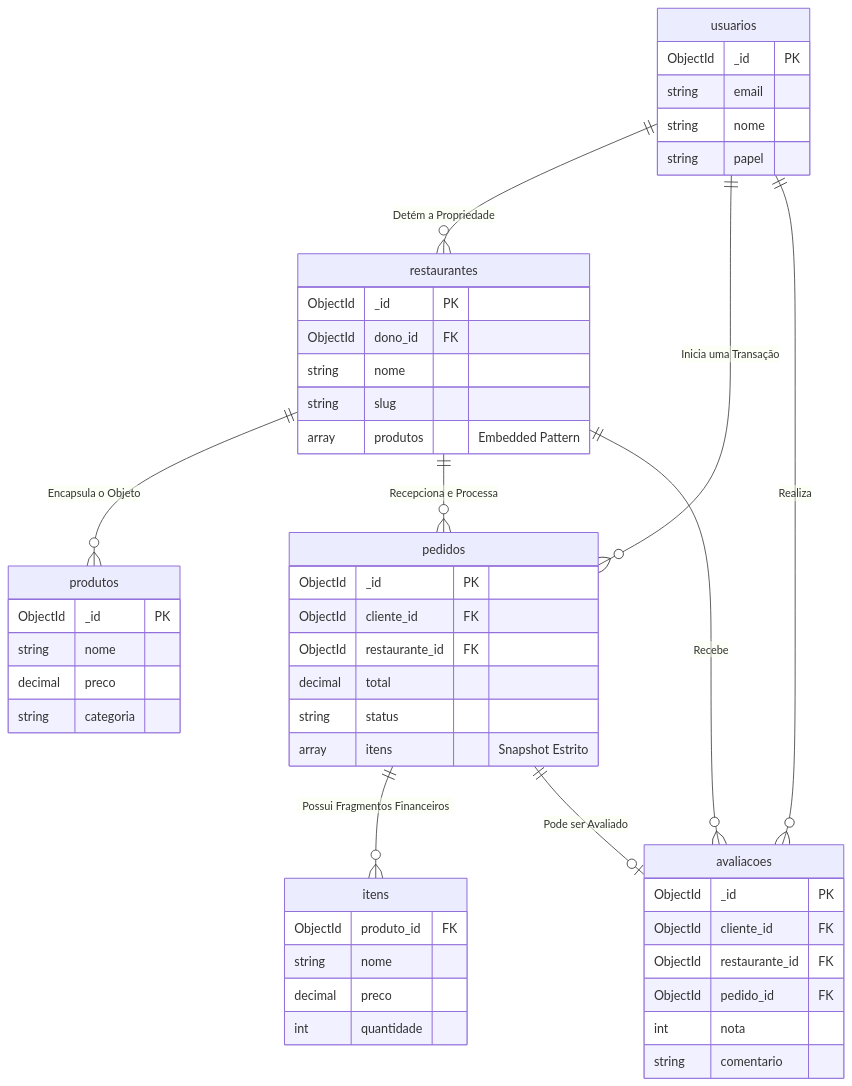
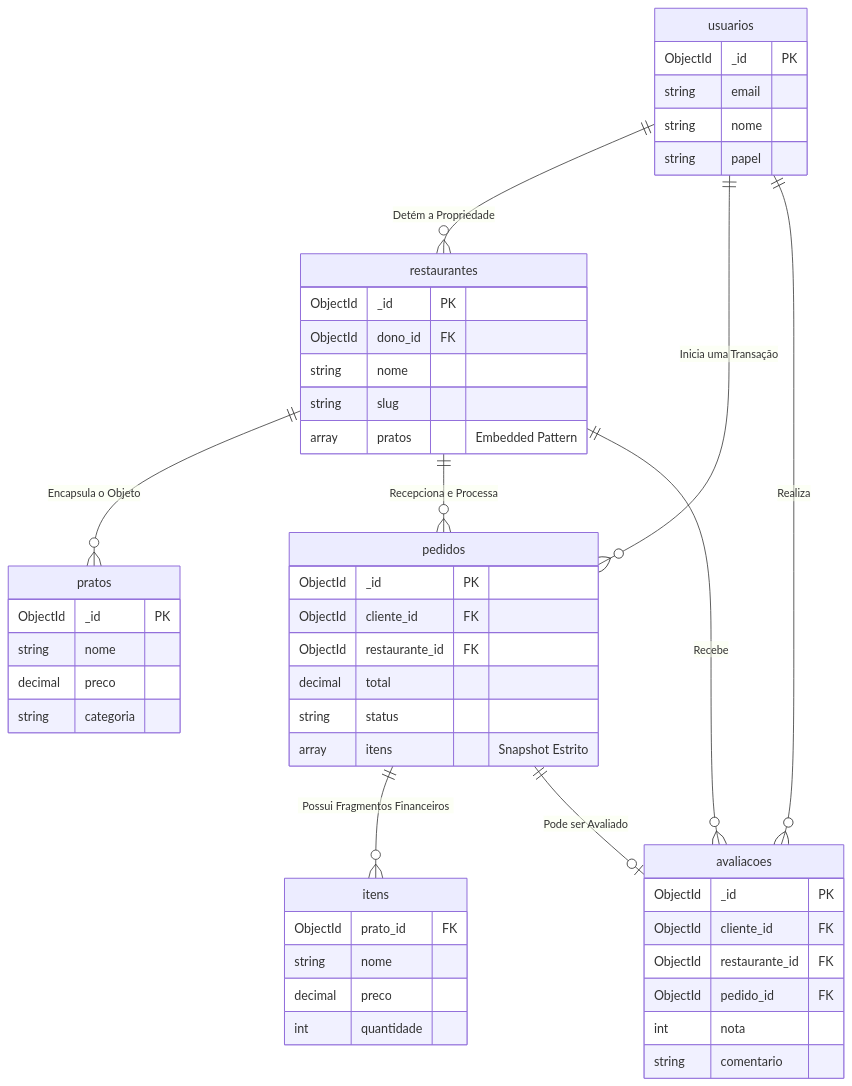
Before and after one commit to FABIOARGEL/cardapio-online: the diagram in docs/06-modelagem-mongodb.md, drawn with Mermaid. The commit also changed other lines of this file and 31 other files, not shown here.

Commit message:
refactor: substituição global do domínio "Produto" por "Prato"

````diff
--- a/docs/06-modelagem-mongodb.md
+++ b/docs/06-modelagem-mongodb.md
@@ -227,58 +227,58 @@
 ```mermaid
 erDiagram
     usuarios {
         ObjectId _id PK
         string email
         string nome
         string papel
     }
 
     restaurantes {
         ObjectId _id PK
         ObjectId dono_id FK
         string nome
         string slug
-        array produtos "Embedded Pattern"
+        array pratos "Embedded Pattern"
     }
 
-    produtos {
+    pratos {
         ObjectId _id PK
         string nome
         decimal preco
         string categoria
     }
 
     pedidos {
         ObjectId _id PK
         ObjectId cliente_id FK
         ObjectId restaurante_id FK
         decimal total
         string status
         array itens "Snapshot Estrito"
     }
 
     itens {
-        ObjectId produto_id FK
+        ObjectId prato_id FK
         string nome
         decimal preco
         int quantidade
     }
 
     avaliacoes {
         ObjectId _id PK
         ObjectId cliente_id FK
         ObjectId restaurante_id FK
         ObjectId pedido_id FK
         int nota
         string comentario
     }
 
     usuarios ||--o{ restaurantes : "Detém a Propriedade"
     usuarios ||--o{ pedidos : "Inicia uma Transação"
     usuarios ||--o{ avaliacoes : "Realiza"
-    restaurantes ||--o{ produtos : "Encapsula o Objeto"
+    restaurantes ||--o{ pratos : "Encapsula o Objeto"
     restaurantes ||--o{ pedidos : "Recepciona e Processa"
     restaurantes ||--o{ avaliacoes : "Recebe"
     pedidos ||--o{ itens : "Possui Fragmentos Financeiros"
     pedidos ||--o| avaliacoes : "Pode ser Avaliado"
 ```
````
